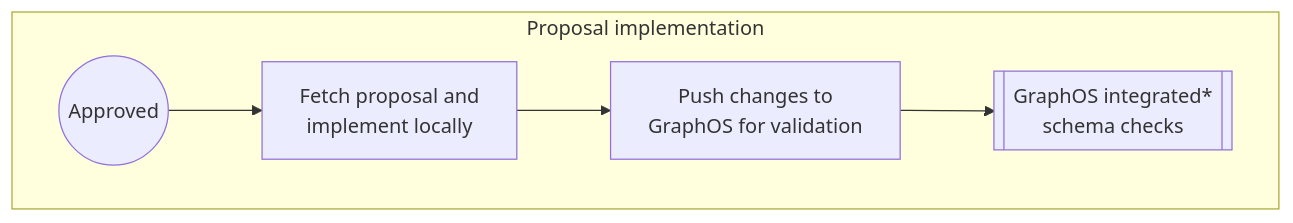
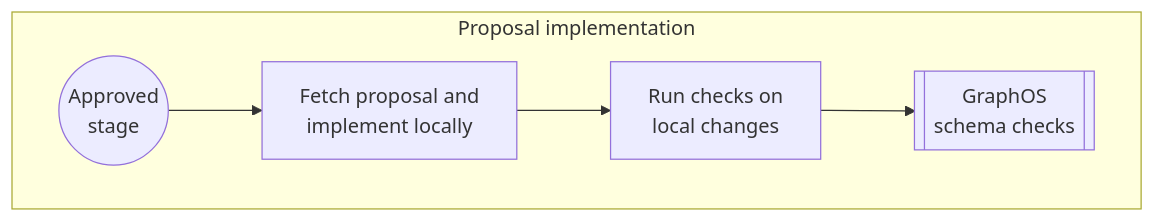
One commit to apollographql/docs changed the third of 5 diagrams in src/content/graphos/delivery/schema-proposals.mdx. Above: the diagram before and after it, drawn with Mermaid. The commit also changed other lines of this file and 5 other files, not shown here.

Commit message:
Use "stage" vs. "status"

````diff
--- a/src/content/graphos/delivery/schema-proposals.mdx
+++ b/src/content/graphos/delivery/schema-proposals.mdx
@@ -79,12 +85,14 @@
 ```mermaid
 graph LR
     subgraph Approved ["Proposal implementation"]
     direction LR
-    ApprovedStatus((Approved))
+    ApprovedStage((Approved <br/> stage))
     Fetch["Fetch proposal and <br> implement locally"]
-    Push["Push changes to <br> GraphOS  for validation"]
-    Check[["GraphOS integrated* <br/> schema checks"]]
-    ApprovedStatus --> Fetch --> Push --> Check
+    Push["Run checks on <br> local changes"]
+    Check[["GraphOS <br/> schema checks"]]
+    ApprovedStage --> Fetch --> Push --> Check
     end
-    class ApprovedStatus secondary;
+    class ApprovedStage secondary;
+    class ApprovedStage CircleSize50;
+    class Check tertiary;
 ```
````
